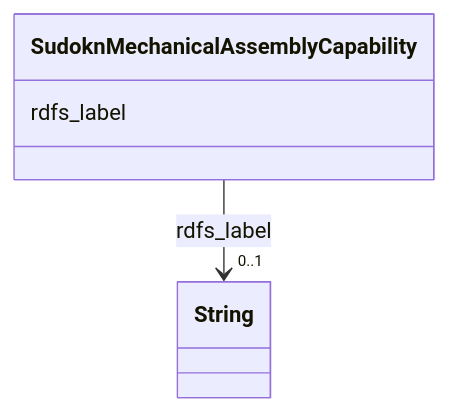
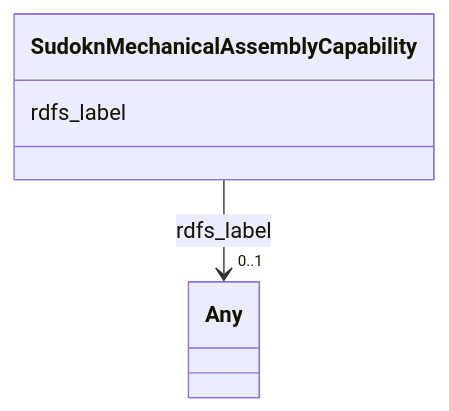
The diagram in sudokn-kg/classes/SudoknMechanicalAssemblyCapability.md (frink-okn/graph-descriptions), drawn with Mermaid before and after one commit. The commit also changed other lines of this file and 903 other files, not shown here.

````diff
--- a/sudokn-kg/classes/SudoknMechanicalAssemblyCapability.md
+++ b/sudokn-kg/classes/SudoknMechanicalAssemblyCapability.md
@@ -23,15 +18,15 @@
 ```mermaid
  classDiagram
     class SudoknMechanicalAssemblyCapability
     click SudoknMechanicalAssemblyCapability href "../SudoknMechanicalAssemblyCapability"
       SudoknMechanicalAssemblyCapability : rdfs_label
         
           
     
     
-    SudoknMechanicalAssemblyCapability --> "0..1" String : rdfs_label
-    click String href "../String"
+    SudoknMechanicalAssemblyCapability --> "0..1" Any : rdfs_label
+    click Any href "../Any"
 
         
       
 ```
````
